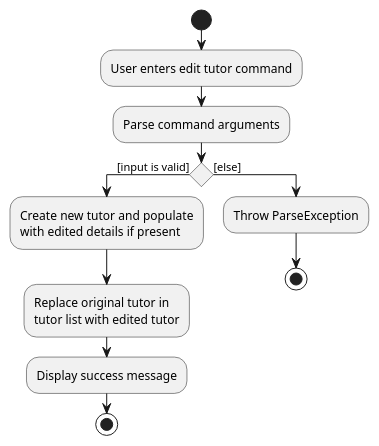
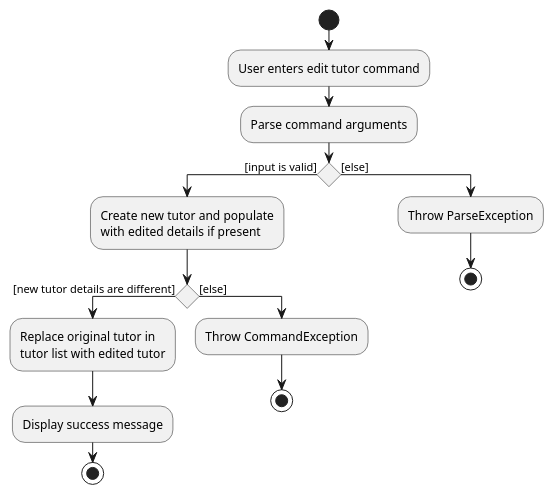
One commit to tenebrius1/tp changed the diagram in docs/diagrams/EditCommandActivityDiagram.puml. Above: the diagram before and after it, drawn with PlantUML. The commit also changed 2 other files, not shown here.

Commit message:
Update EditCommandActivityDiagram

```diff
--- a/docs/diagrams/EditCommandActivityDiagram.puml
+++ b/docs/diagrams/EditCommandActivityDiagram.puml
@@ -1,17 +1,22 @@
 @startuml
 start
 :User enters edit tutor command;
 :Parse command arguments;
 
 if () then ([input is valid])
     :Create new tutor and populate
     with edited details if present;
-    :Replace original tutor in
-    tutor list with edited tutor;
-    :Display success message;
-    stop
+    if () then ([new tutor details are different])
+        :Replace original tutor in
+        tutor list with edited tutor;
+        :Display success message;
+        stop
+    else ([else])
+        :Throw CommandException;
+        stop
+    endif
 else ([else])
     :Throw ParseException;
     stop
 endif
 @enduml
```
